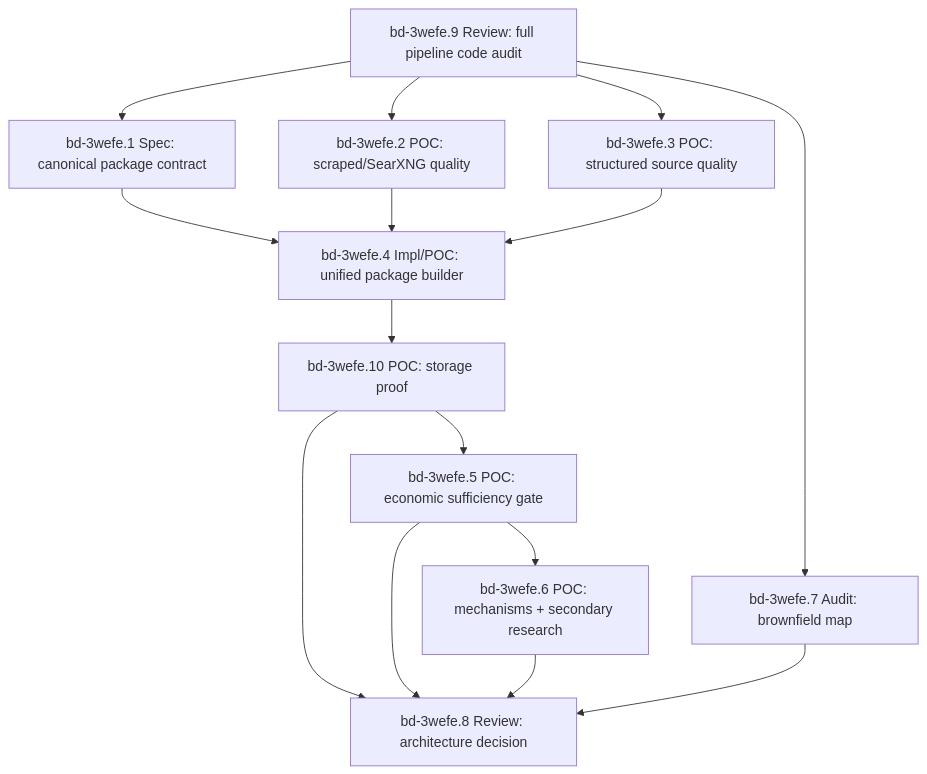
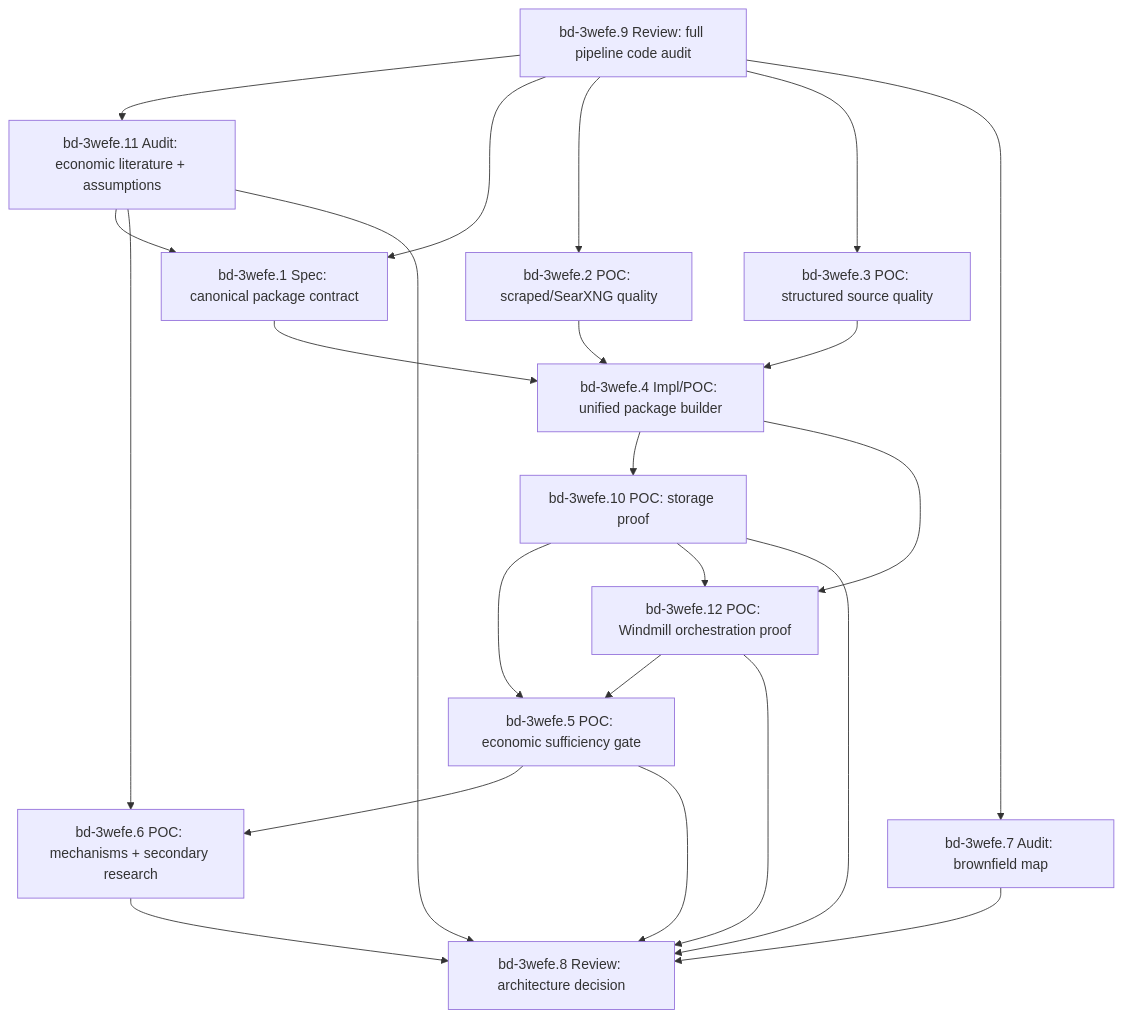
Before and after one commit to stars-end/affordabot: the diagram in docs/specs/2026-04-14-evidence-package-dependency-lockdown.md, drawn with Mermaid. The commit also changed other lines of this file and 1 other file, not shown here.

First line of the commit message:
bd-3wefe: add literature and windmill audit gates

````diff
--- a/docs/specs/2026-04-14-evidence-package-dependency-lockdown.md
+++ b/docs/specs/2026-04-14-evidence-package-dependency-lockdown.md
@@ -55,28 +57,38 @@
 ```mermaid
 flowchart TD
     T9["bd-3wefe.9 Review: full pipeline code audit"]
+    T11["bd-3wefe.11 Audit: economic literature + assumptions"]
     T1["bd-3wefe.1 Spec: canonical package contract"]
     T2["bd-3wefe.2 POC: scraped/SearXNG quality"]
     T3["bd-3wefe.3 POC: structured source quality"]
     T4["bd-3wefe.4 Impl/POC: unified package builder"]
     T10["bd-3wefe.10 POC: storage proof"]
+    T12["bd-3wefe.12 POC: Windmill orchestration proof"]
     T5["bd-3wefe.5 POC: economic sufficiency gate"]
     T6["bd-3wefe.6 POC: mechanisms + secondary research"]
     T7["bd-3wefe.7 Audit: brownfield map"]
     T8["bd-3wefe.8 Review: architecture decision"]
 
+    T9 --> T11
+    T11 --> T1
+    T11 --> T6
+    T11 --> T8
     T9 --> T1
     T9 --> T2
     T9 --> T3
     T9 --> T7
     T1 --> T4
     T2 --> T4
     T3 --> T4
     T4 --> T10
+    T4 --> T12
     T10 --> T5
+    T10 --> T12
     T10 --> T8
+    T12 --> T5
+    T12 --> T8
     T5 --> T6
     T5 --> T8
     T6 --> T8
     T7 --> T8
 ```
````
